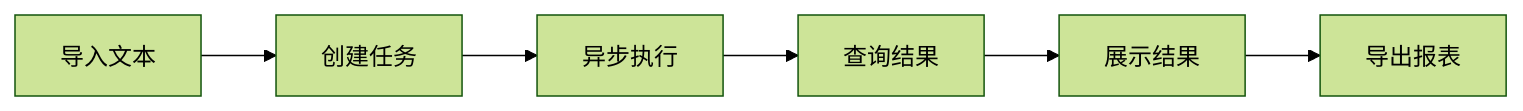
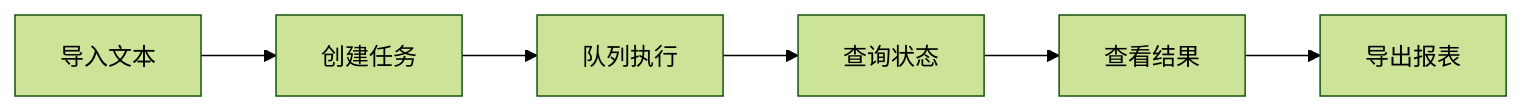
Before and after one commit to juemimgcd/sentiFlow: diagram 14 of 18 in steps/day1-day15-summary.md, drawn with Mermaid (forest theme). The commit also changed other lines of this file and 2 other files, not shown here.

````diff
--- a/steps/day1-day15-summary.md
+++ b/steps/day1-day15-summary.md
@@ -406,8 +433,8 @@
 ```mermaid
 flowchart LR
     A[导入文本] --> B[创建任务]
-    B --> C[异步执行]
-    C --> D[查询结果]
-    D --> E[展示结果]
+    B --> C[队列执行]
+    C --> D[查询状态]
+    D --> E[查看结果]
     E --> F[导出报表]
 ```
````
